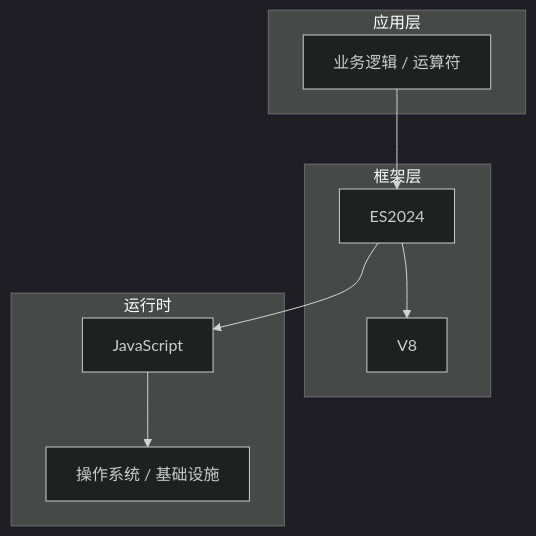
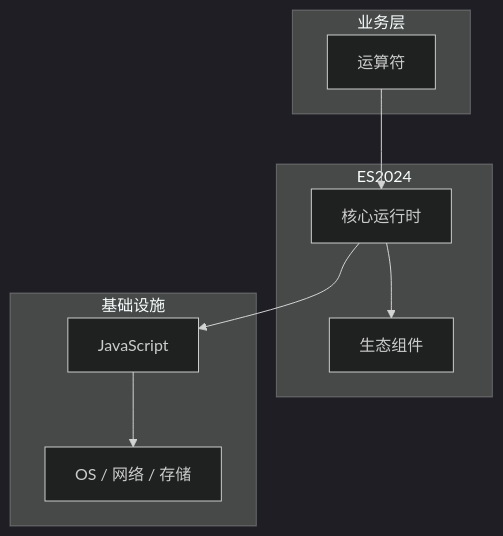
Before and after one commit to yanggan2015/knowledge-json-v2: the diagram in articles/JavaScript核心/chapters/025-运算符核心概念与原理.md, drawn with Mermaid (dark theme). The commit also changed other lines of this file and 10127 other files, not shown here.

````diff
--- a/articles/JavaScript核心/chapters/025-运算符核心概念与原理.md
+++ b/articles/JavaScript核心/chapters/025-运算符核心概念与原理.md
@@ -45,18 +34,18 @@
 ```mermaid
 graph TB
-    subgraph 应用层
-        A[业务逻辑 / 运算符]
+    subgraph 业务层
+        A[运算符]
     end
-    subgraph 框架层
-        B[ES2024]
-        C[V8]
+    subgraph ES2024
+        B[核心运行时]
+        C[生态组件]
     end
-    subgraph 运行时
+    subgraph 基础设施
         D[JavaScript]
-        E[操作系统 / 基础设施]
+        E[OS / 网络 / 存储]
     end
     A --> B
     B --> C
     B --> D
     D --> E
 ```
````
